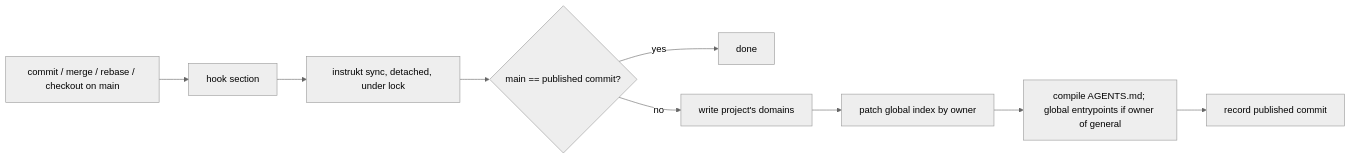
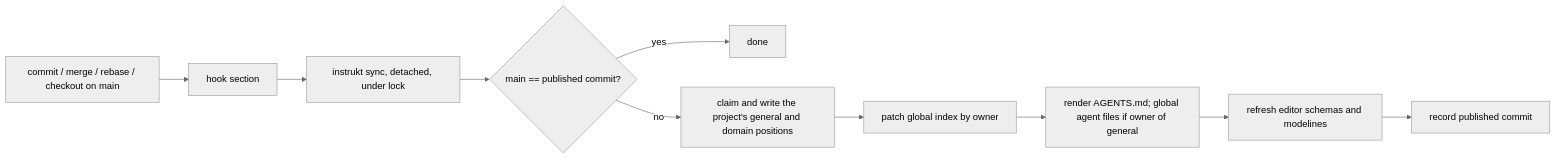
Before and after one commit to InstruktAI/instrukt: the first of 2 diagrams in docs/local/design/architecture/overview.md, drawn with Mermaid (neutral theme). The commit also changed other lines of this file and 12 other files, not shown here.

Commit message:
docs(specs): publication, adoption and editor schemas follow the three-position layout

````diff
--- a/docs/local/design/architecture/overview.md
+++ b/docs/local/design/architecture/overview.md
@@ -128,11 +144,12 @@
 ```mermaid
 flowchart LR
   A[commit / merge / rebase / checkout on main] --> B[hook section]
   B --> C[instrukt sync, detached, under lock]
   C --> D{main == published commit?}
   D -- yes --> E[done]
-  D -- no --> F[write project's domains]
+  D -- no --> F[claim and write the project's general and domain positions]
   F --> G[patch global index by owner]
-  G --> H[compile AGENTS.md; global entrypoints if owner of general]
-  H --> I[record published commit]
+  G --> H[render AGENTS.md; global agent files if owner of general]
+  H --> J[refresh editor schemas and modelines]
+  J --> I[record published commit]
 ```
````
